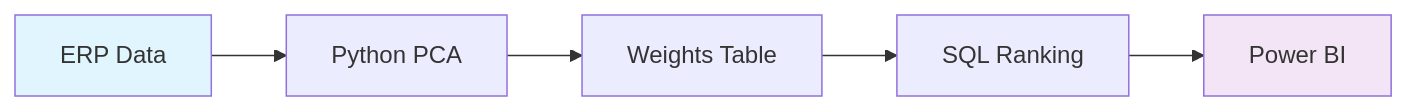
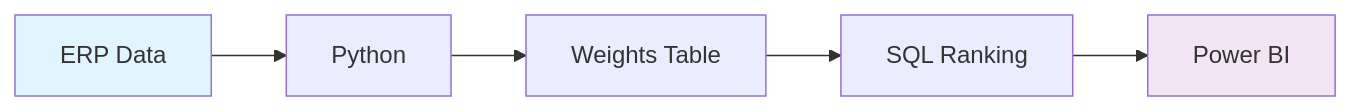
One commit to Daltez-TI/ranking_pcpedi changed the diagram in README.md. Above: the diagram before and after it, drawn with Mermaid. The commit also changed other lines of this file, not shown here.

````diff
--- a/README.md
+++ b/README.md
@@ -108,10 +108,10 @@
 ```mermaid
 graph LR
-    A[ERP Data] --> B[Python PCA]
+    A[ERP Data] --> B[Python]
     B --> C[Weights Table]
     C --> D[SQL Ranking]
     D --> E[Power BI]
     
     style A fill:#e1f5fe
     style E fill:#f3e5f5
 ```
````
